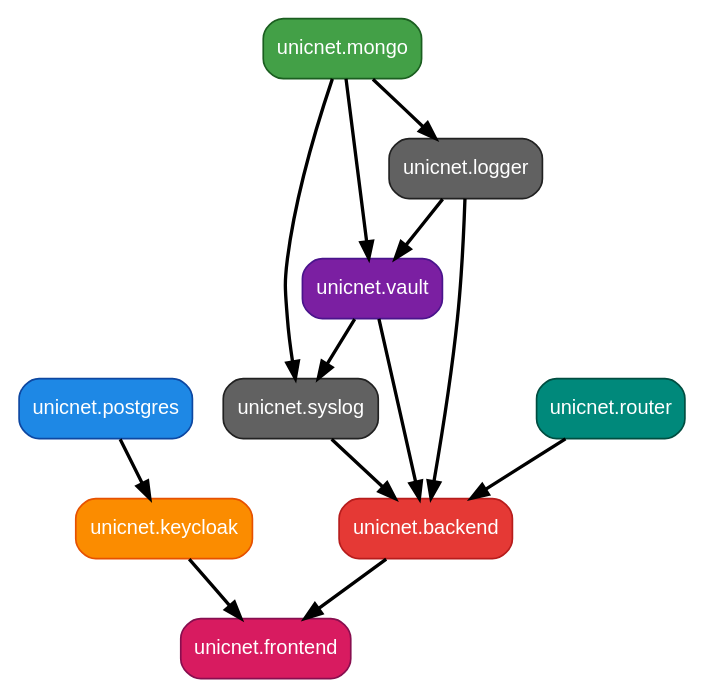
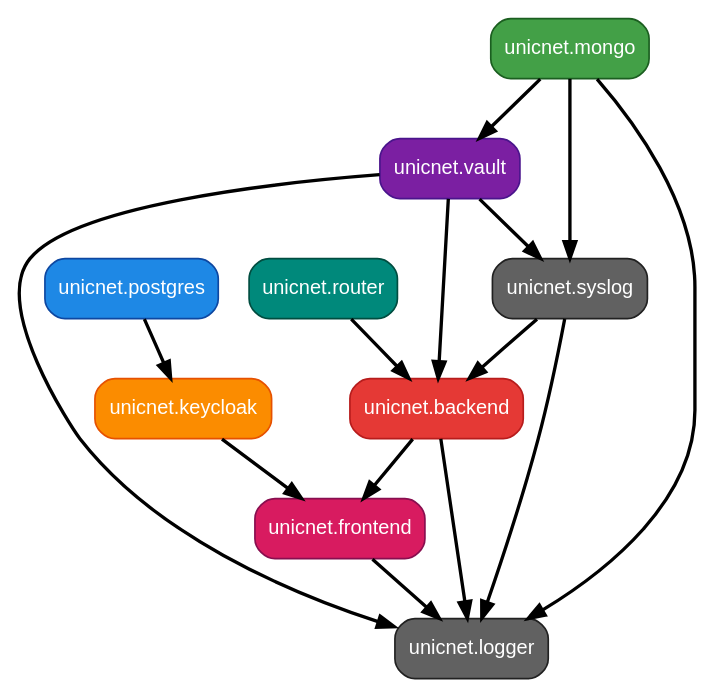
One commit to rightsoftware-ru/unicnet.enterprise changed the diagram in diagrams/dependencies_diagram.dot. Above: the diagram before and after it, drawn with Graphviz. The commit also changed 4 other files, not shown here.

First line of the commit message:
Обновлены зависимости: Logger стартует после Vault, syslog, Backend и frontend

```diff
--- a/diagrams/dependencies_diagram.dot
+++ b/diagrams/dependencies_diagram.dot
@@ -1,27 +1,29 @@
 digraph Dependencies {
     rankdir=TB;
     node [shape=box, style="rounded,filled", fontname="Arial", fontsize=12, fontcolor=white];
     edge [color=black, style=bold];
     
     postgres [label="unicnet.postgres", fillcolor="#1e88e5", color="#0d47a1"];
     keycloak [label="unicnet.keycloak", fillcolor="#fb8c00", color="#e65100"];
     postgres -> keycloak;
     vault [label="unicnet.vault", fillcolor="#7b1fa2", color="#4a148c"];
     backend [label="unicnet.backend", fillcolor="#e53935", color="#b71c1c"];
     vault -> backend;
     router [label="unicnet.router", fillcolor="#00897b", color="#004d40"];
     router -> backend;
     syslog [label="unicnet.syslog", fillcolor="#616161", color="#212121"];
     syslog -> backend;
-    logger [label="unicnet.logger", fillcolor="#616161", color="#212121"];
-    logger -> backend;
     frontend [label="unicnet.frontend", fillcolor="#d81b60", color="#880e4f"];
     backend -> frontend;
     keycloak -> frontend;
     mongo [label="unicnet.mongo", fillcolor="#43a047", color="#1b5e20"];
+    logger [label="unicnet.logger", fillcolor="#616161", color="#212121"];
     mongo -> logger;
+    vault -> logger;
+    syslog -> logger;
+    backend -> logger;
+    frontend -> logger;
     mongo -> vault;
-    logger -> vault;
     mongo -> syslog;
     vault -> syslog;
 }
```
